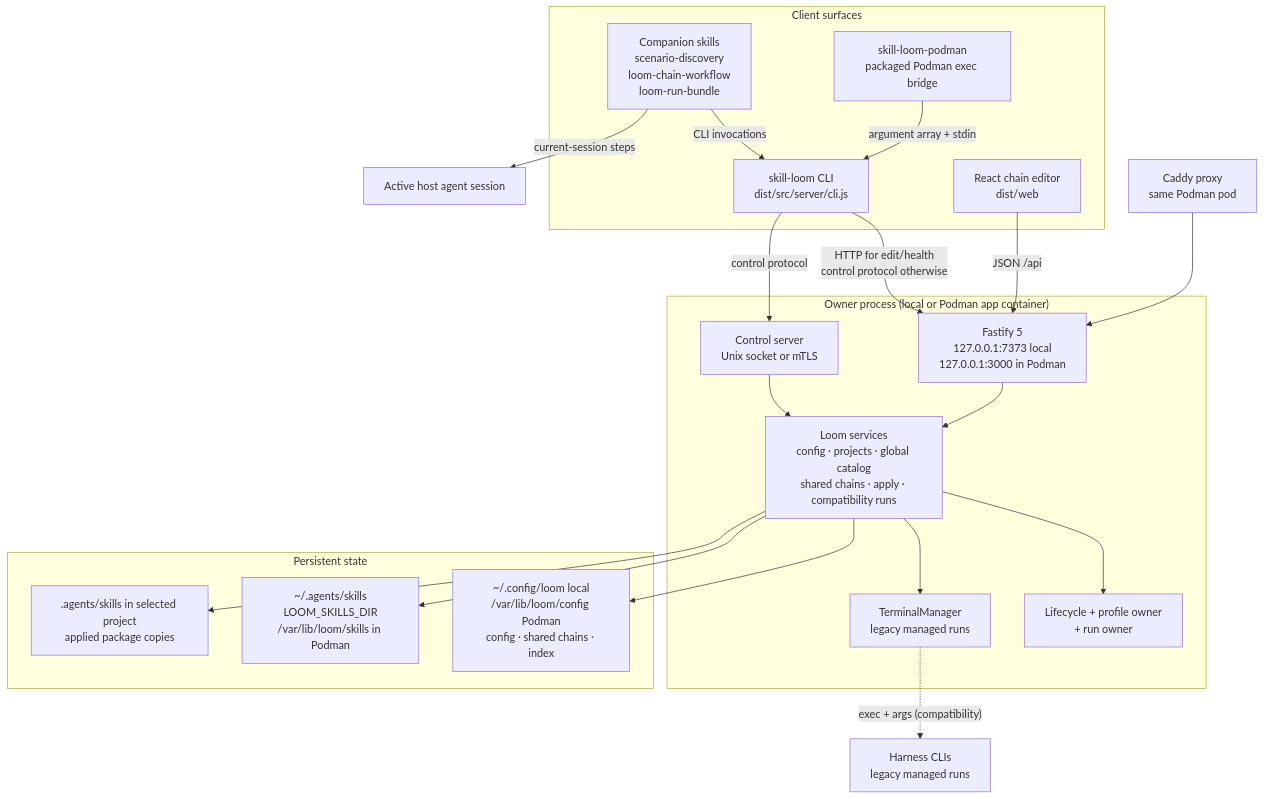
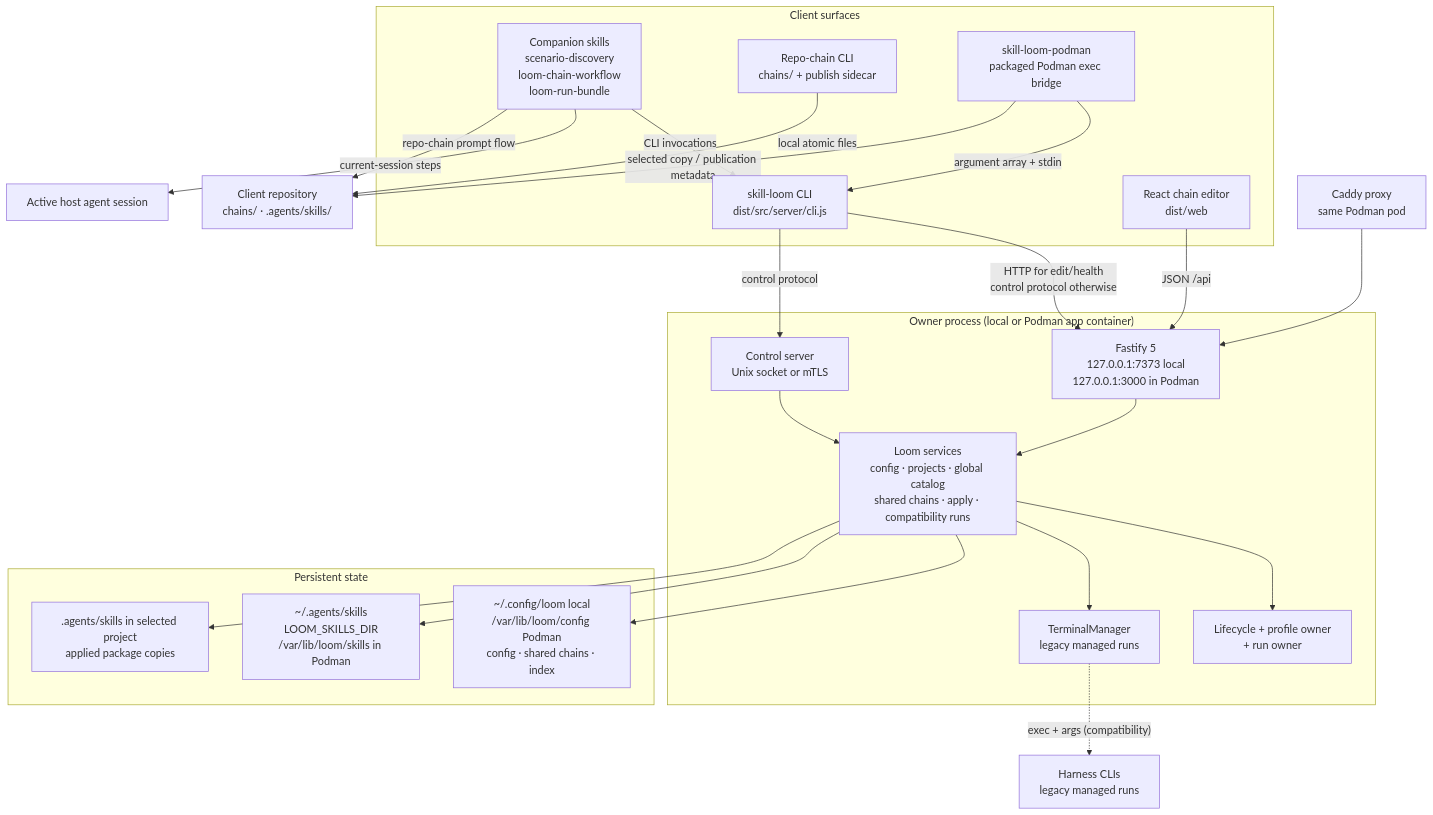
Before and after one commit to McFuzzySquirrel/skill-loom: the second of 10 diagrams in Project_Architecture_Blueprint.md, drawn with Mermaid. The commit also changed other lines of this file and 31 other files, not shown here.

````diff
--- a/Project_Architecture_Blueprint.md
+++ b/Project_Architecture_Blueprint.md
@@ -108,44 +113,49 @@
 ```mermaid
 flowchart TB
   subgraph Client["Client surfaces"]
     CLI["skill-loom CLI<br/>dist/src/server/cli.js"]
     Skill["Companion skills<br/>scenario-discovery<br/>loom-chain-workflow<br/>loom-run-bundle"]
+    RepoCLI["Repo-chain CLI<br/>chains/ + publish sidecar"]
     PodmanCLI["skill-loom-podman<br/>packaged Podman exec bridge"]
     Web["React chain editor<br/>dist/web"]
   end
 
   subgraph Owner["Owner process (local or Podman app container)"]
     Fastify["Fastify 5<br/>127.0.0.1:7373 local<br/>127.0.0.1:3000 in Podman"]
     Control["Control server<br/>Unix socket or mTLS"]
     Services["Loom services<br/>config · projects · global catalog<br/>shared chains · apply · compatibility runs"]
     Lifecycle["Lifecycle + profile owner<br/>+ run owner"]
     PTY["TerminalManager<br/>legacy managed runs"]
   end
 
   subgraph Disk["Persistent state"]
     Config["~/.config/loom local<br/>/var/lib/loom/config Podman<br/>config · shared chains · index"]
     Global["~/.agents/skills<br/>LOOM_SKILLS_DIR<br/>/var/lib/loom/skills in Podman"]
     Project[".agents/skills in selected project<br/>applied package copies"]
   end
 
   Agent["Active host agent session"]
+  Repo["Client repository<br/>chains/ · .agents/skills/"]
   Harness["Harness CLIs<br/>legacy managed runs"]
   Proxy["Caddy proxy<br/>same Podman pod"]
 
   CLI -->|"HTTP for edit/health<br/>control protocol otherwise"| Fastify
   CLI -->|"control protocol"| Control
   PodmanCLI -->|"argument array + stdin"| CLI
   Web -->|"JSON /api"| Fastify
   Skill -->|"CLI invocations"| CLI
   Skill -->|"current-session steps"| Agent
+  Skill -->|"repo-chain prompt flow"| Repo
+  RepoCLI -->|"local atomic files"| Repo
+  PodmanCLI -->|"selected copy / publication metadata"| Repo
   Proxy --> Fastify
 
   Fastify --> Services
   Control --> Services
   Services --> Lifecycle
   Services --> PTY
   Services --> Config
   Services --> Global
   Services --> Project
   PTY -.->|"exec + args (compatibility)"| Harness
 ```
````
